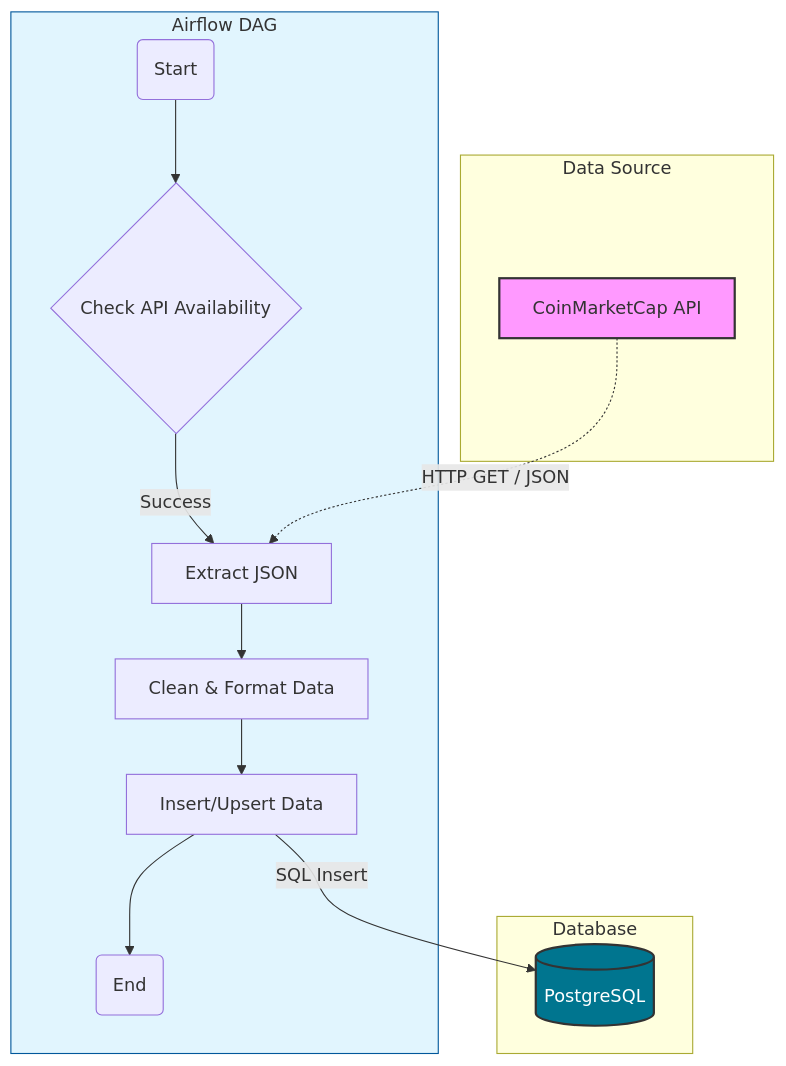
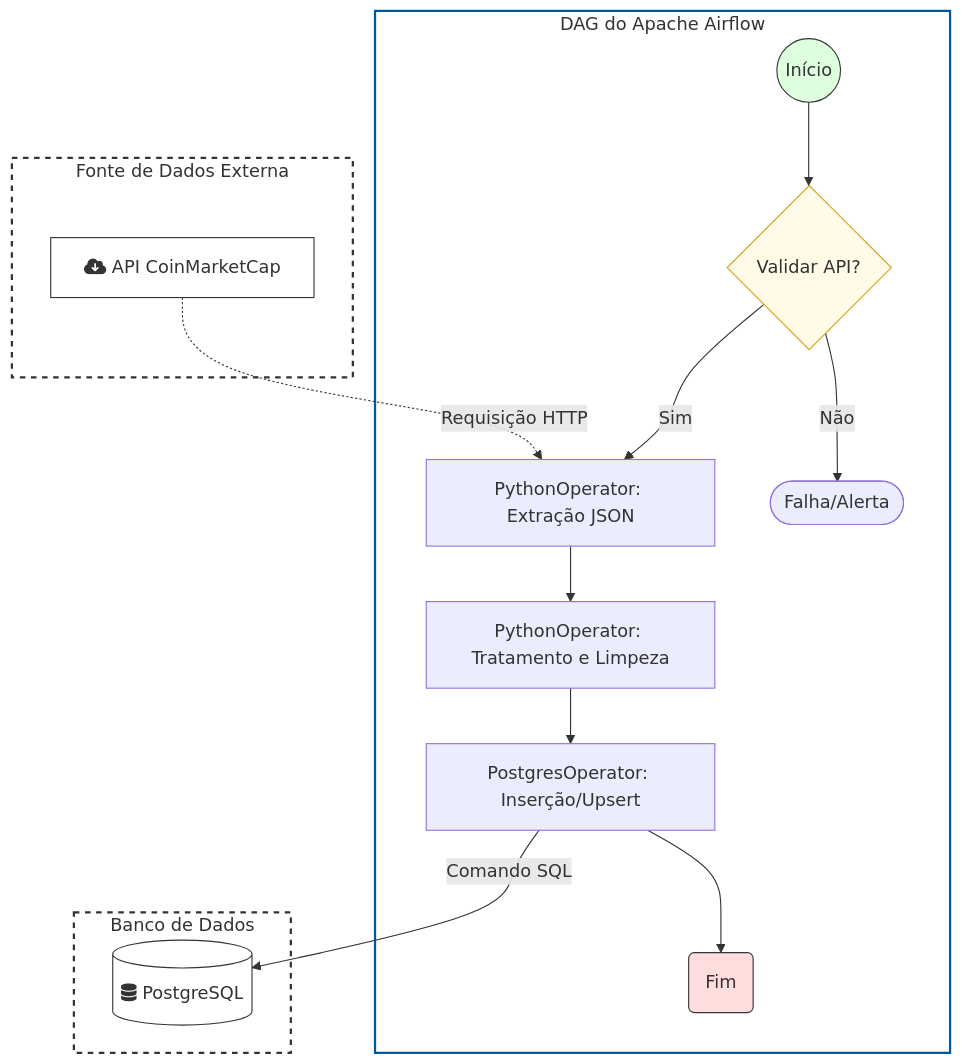
Before and after one commit to mozz99/airflow-api-coinmarketcap: the diagram in README.md, drawn with Mermaid. The commit also changed other lines of this file, not shown here.

Commit message:
Update README with improved diagram and descriptions

````diff
--- a/README.md
+++ b/README.md
@@ -3,27 +4,41 @@
 ```mermaid
 graph TD
-    subgraph External_API [Data Source]
-        CMC[CoinMarketCap API]
+    %% Configurações Gerais para fundo claro
+    accTitle: Fluxo ETL Dólar CoinMarketCap
+    accDescr: Diagrama de fluxo de dados usando Airflow, Python e Postgres
+
+    subgraph Fonte_Dados [Fonte de Dados Externa]
+        CMC["fa:fa-cloud-download API CoinMarketCap"]
     end
 
-    subgraph Airflow_Orchestrator [Airflow DAG]
-        Start(Start) --> CheckAPI{Check API Availability}
-        CheckAPI -- Success --> Extract[Extract JSON]
-        Extract --> Transform[Clean & Format Data]
-        Transform --> Load[Insert/Upsert Data]
-        Load --> End(End)
+    subgraph Orquestrador_Airflow [DAG do Apache Airflow]
+        Inicio((Início)) --> ValidarAPI{Validar API?}
+        
+        ValidarAPI -- Sim --> Extracao[PythonOperator: Extração JSON]
+        ValidarAPI -- Não --> Falha([Falha/Alerta])
+
+        Extracao --> Transformacao[PythonOperator: Tratamento e Limpeza]
+        Transformacao --> Carga[PostgresOperator: Inserção/Upsert]
+        
+        Carga --> Fim(Fim)
     end
 
-    subgraph Storage [Database]
-        PG[(PostgreSQL)]
+    subgraph Armazenamento [Banco de Dados]
+        DB[("fa:fa-database PostgreSQL")]
     end
 
-    %% Relationships
-    CMC -.->|HTTP GET / JSON| Extract
-    Load -->|SQL Insert| PG
+    %% Relacionamentos e Fluxo de Dados
+    CMC -.->|Requisição HTTP| Extracao
+    Carga -->|Comando SQL| DB
 
-    %% Styling
-    style CMC fill:#f9f,stroke:#333,stroke-width:2px
-    style PG fill:#00758f,stroke:#333,stroke-width:2px,color:#fff
-    style Airflow_Orchestrator fill:#e1f5fe,stroke:#01579b,stroke-dasharray
+    %% Estilização Minimalista (Fundo Branco)
+    style Fonte_Dados fill:#ffffff,stroke:#333,stroke-width:2px,stroke-dasharray: 5 5
+    style Orquestrador_Airflow fill:#ffffff,stroke:#01579b,stroke-width:2px
+    style Armazenamento fill:#ffffff,stroke:#333,stroke-width:2px,stroke-dasharray: 5 5
+    
+    style CMC fill:#fff,stroke:#333
+    style DB fill:#fff,stroke:#333
+    style Inicio fill:#dfd,stroke:#333
+    style Fim fill:#fdd,stroke:#333
+    style ValidarAPI fill:#fffbe6,stroke:#d4a017
 ```
````
